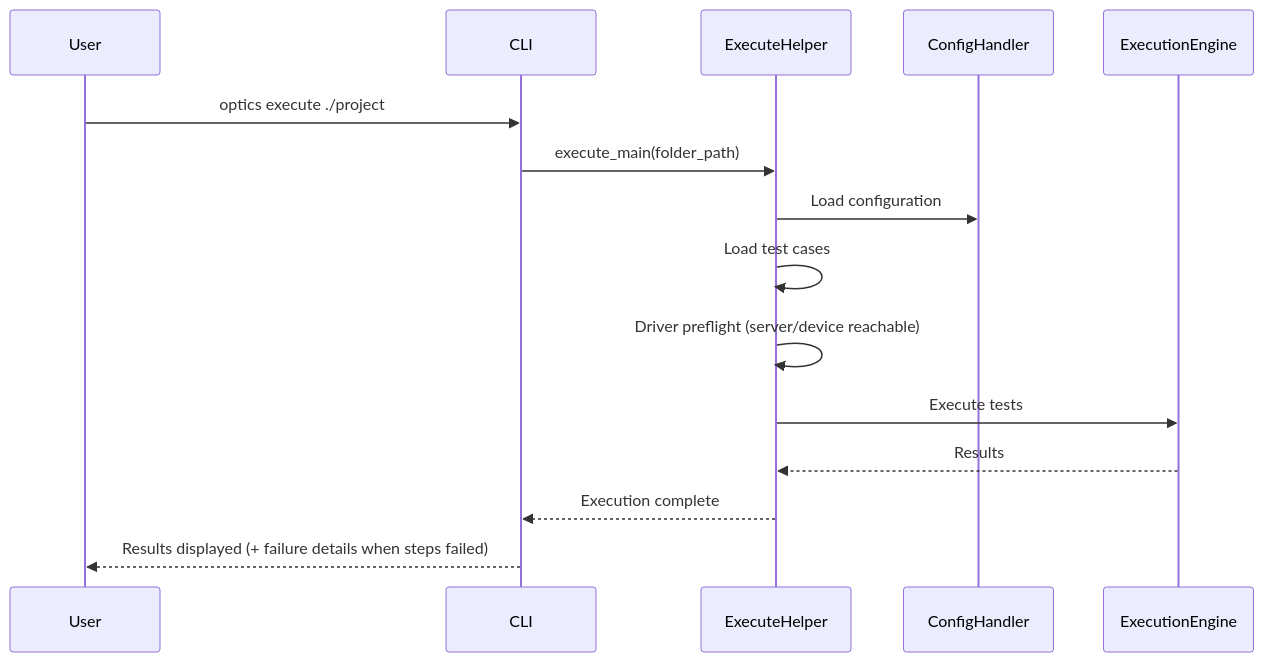
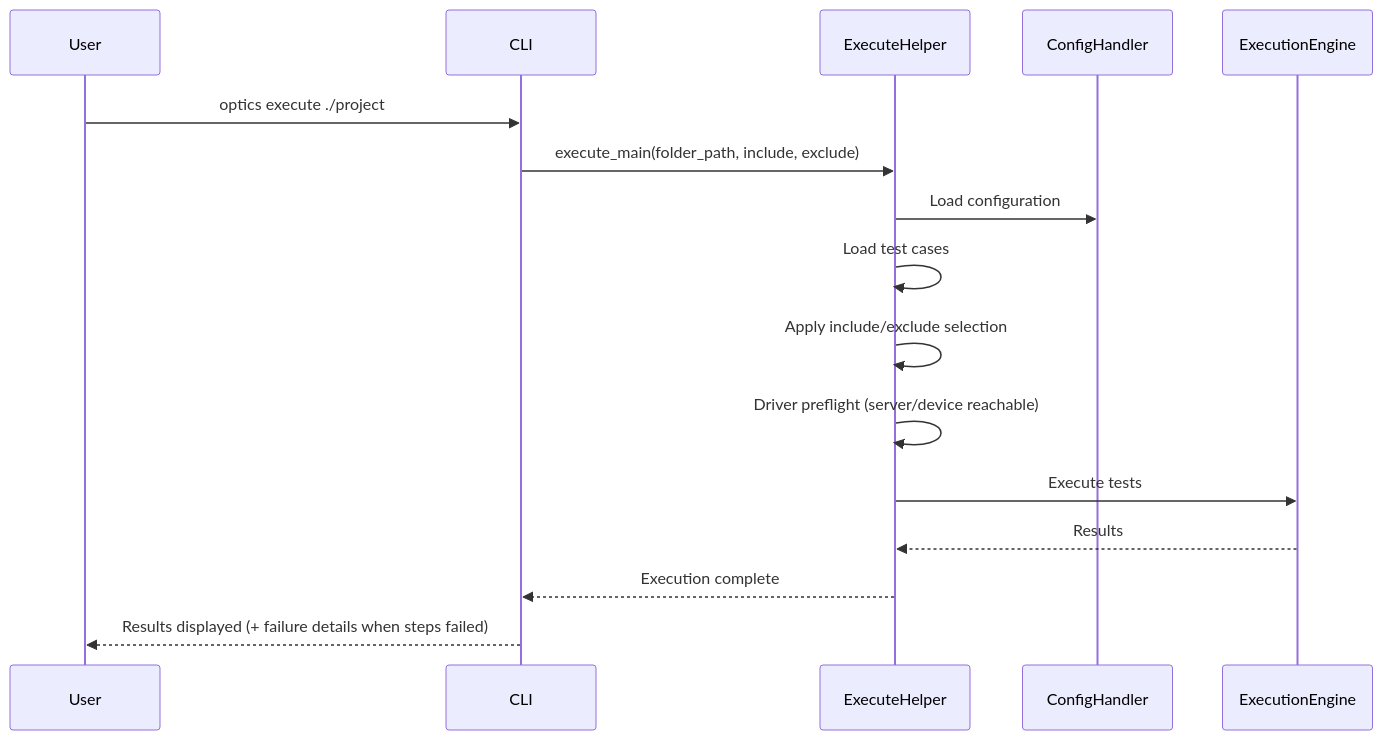
One commit to mozarkai/optics-framework changed the third of 4 diagrams in docs/architecture/cli_layer.md. Above: the diagram before and after it, drawn with Mermaid. The commit also changed other lines of this file and 4 other files, not shown here.

First line of the commit message:
docs: document --include/--exclude test case selection

````diff
--- a/docs/architecture/cli_layer.md
+++ b/docs/architecture/cli_layer.md
@@ -110,18 +111,19 @@
 ```mermaid
 sequenceDiagram
     participant User
     participant CLI
     participant ExecuteHelper
     participant ConfigHandler
     participant ExecutionEngine
 
     User->>CLI: optics execute ./project
-    CLI->>ExecuteHelper: execute_main(folder_path)
+    CLI->>ExecuteHelper: execute_main(folder_path, include, exclude)
     ExecuteHelper->>ConfigHandler: Load configuration
     ExecuteHelper->>ExecuteHelper: Load test cases
+    ExecuteHelper->>ExecuteHelper: Apply include/exclude selection
     ExecuteHelper->>ExecuteHelper: Driver preflight (server/device reachable)
     ExecuteHelper->>ExecutionEngine: Execute tests
     ExecutionEngine-->>ExecuteHelper: Results
     ExecuteHelper-->>CLI: Execution complete
     CLI-->>User: Results displayed (+ failure details when steps failed)
 ```
````
